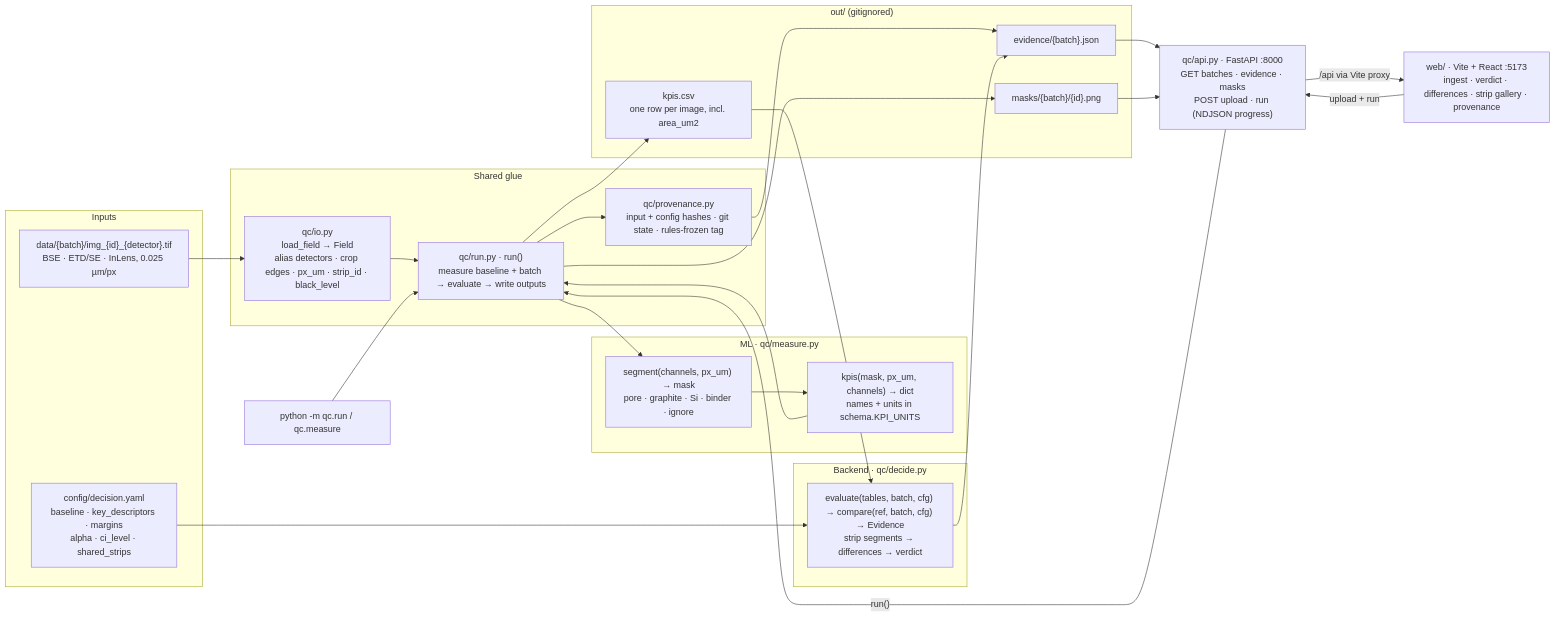
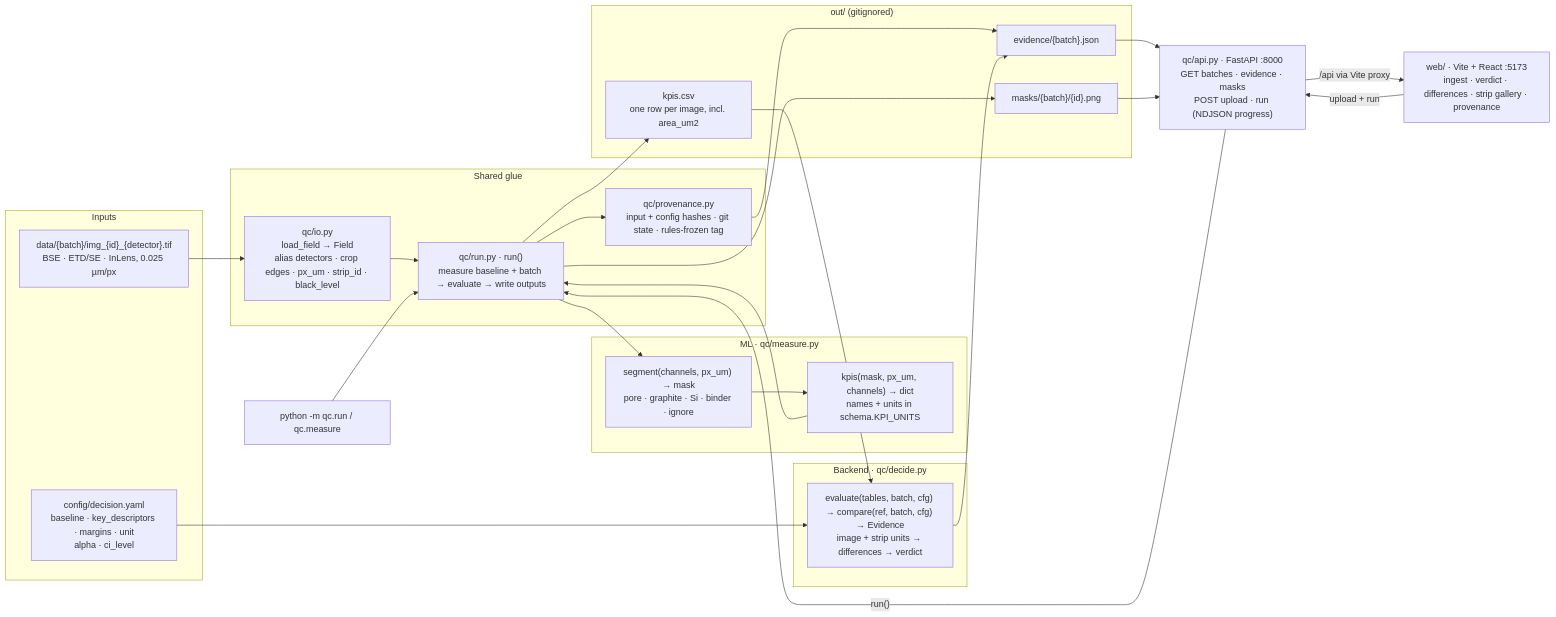
One commit to batch-size-2/catalyst changed the diagram in README.md. Above: the diagram before and after it, drawn with Mermaid. The commit also changed other lines of this file and 12 other files, not shown here.

First line of the commit message:
Make the image the unit of the verdict, report the strip view alongside, and remove the shared-strip machinery.

````diff
--- a/README.md
+++ b/README.md
@@ -43,46 +43,46 @@
 ```mermaid
 flowchart LR
   subgraph IN["Inputs"]
     D["data/{batch}/img_{id}_{detector}.tif<br/>BSE · ETD/SE · InLens, 0.025 µm/px"]
-    CFG["config/decision.yaml<br/>baseline · key_descriptors · margins<br/>alpha · ci_level · shared_strips"]
+    CFG["config/decision.yaml<br/>baseline · key_descriptors · margins · unit<br/>alpha · ci_level"]
   end
 
   subgraph GLUE["Shared glue"]
     IO["qc/io.py<br/>load_field → Field<br/>alias detectors · crop edges · px_um · strip_id · black_level"]
     RUN["qc/run.py · run()<br/>measure baseline + batch → evaluate → write outputs"]
     PROV["qc/provenance.py<br/>input + config hashes · git state · rules-frozen tag"]
   end
 
   subgraph ML["ML · qc/measure.py"]
     SEG["segment(channels, px_um) → mask<br/>pore · graphite · Si · binder · ignore"]
     KPI["kpis(mask, px_um, channels) → dict<br/>names + units in schema.KPI_UNITS"]
   end
 
   subgraph BE["Backend · qc/decide.py"]
-    J["evaluate(tables, batch, cfg) → compare(ref, batch, cfg) → Evidence<br/>strip segments → differences → verdict"]
+    J["evaluate(tables, batch, cfg) → compare(ref, batch, cfg) → Evidence<br/>image + strip units → differences → verdict"]
   end
 
   subgraph OUT["out/ (gitignored)"]
     T["kpis.csv<br/>one row per image, incl. area_um2"]
     E["evidence/{batch}.json"]
     P["masks/{batch}/{id}.png"]
   end
 
   API["qc/api.py · FastAPI :8000<br/>GET batches · evidence · masks<br/>POST upload · run (NDJSON progress)"]
   WEB["web/ · Vite + React :5173<br/>ingest · verdict · differences · strip gallery · provenance"]
   CLI["python -m qc.run / qc.measure"]
 
   D --> IO --> RUN
   RUN --> SEG --> KPI --> RUN
   RUN --> T --> J
   CFG --> J
   RUN --> P
   RUN --> PROV --> E
   J --> E
   E --> API
   P --> API
   API -- "/api via Vite proxy" --> WEB
   WEB -- "upload + run" --> API
   API -- "run()" --> RUN
   CLI --> RUN
 ```
````
